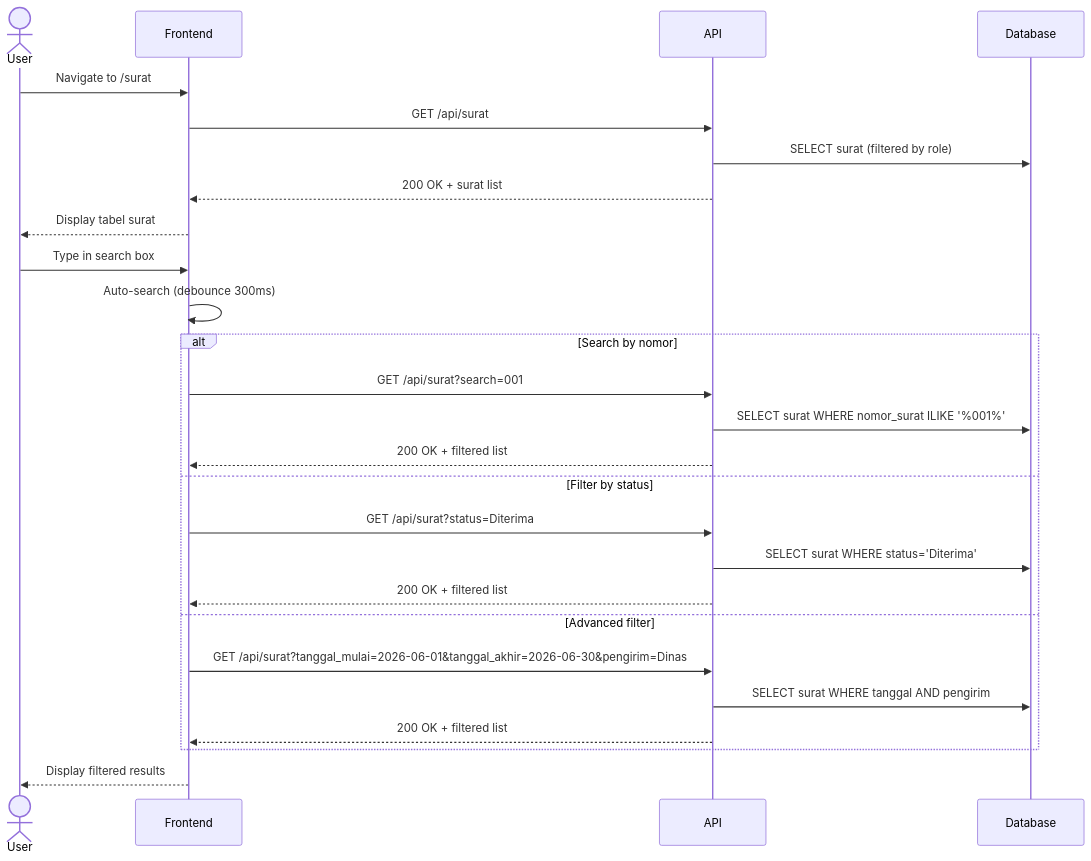
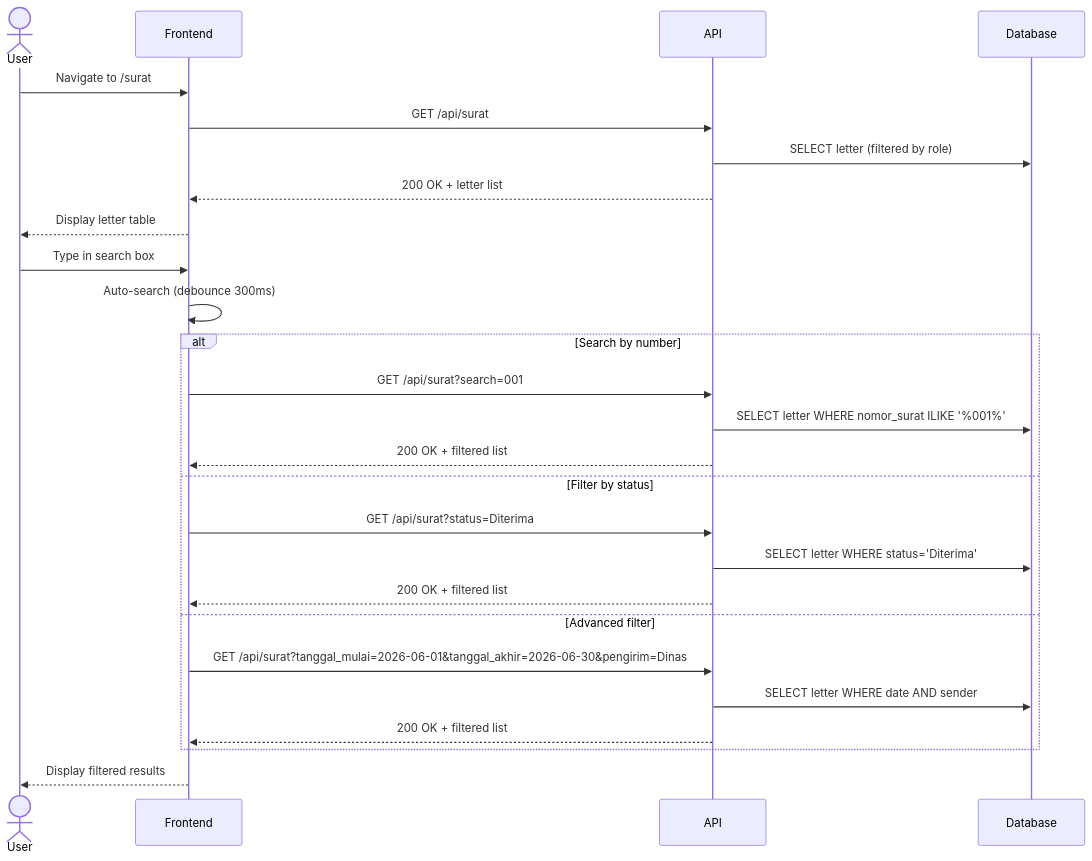
Before and after one commit to ATzFauzan1525/Nexus: the diagram in docs/system_logics/sys_uc_006.md, drawn with Mermaid. The commit also changed other lines of this file and 4 other files, not shown here.

````diff
--- a/docs/system_logics/sys_uc_006.md
+++ b/docs/system_logics/sys_uc_006.md
@@ -41,32 +41,32 @@
 ```mermaid
 sequenceDiagram
     actor User
     participant Frontend
     participant API
     participant Database
 
     User->>Frontend: Navigate to /surat
     Frontend->>API: GET /api/surat
-    API->>Database: SELECT surat (filtered by role)
-    API-->>Frontend: 200 OK + surat list
-    Frontend-->>User: Display tabel surat
+    API->>Database: SELECT letter (filtered by role)
+    API-->>Frontend: 200 OK + letter list
+    Frontend-->>User: Display letter table
 
     User->>Frontend: Type in search box
     Frontend->>Frontend: Auto-search (debounce 300ms)
 
-    alt Search by nomor
+    alt Search by number
         Frontend->>API: GET /api/surat?search=001
-        API->>Database: SELECT surat WHERE nomor_surat ILIKE '%001%'
+        API->>Database: SELECT letter WHERE nomor_surat ILIKE '%001%'
         API-->>Frontend: 200 OK + filtered list
     else Filter by status
         Frontend->>API: GET /api/surat?status=Diterima
-        API->>Database: SELECT surat WHERE status='Diterima'
+        API->>Database: SELECT letter WHERE status='Diterima'
         API-->>Frontend: 200 OK + filtered list
     else Advanced filter
         Frontend->>API: GET /api/surat?tanggal_mulai=2026-06-01&tanggal_akhir=2026-06-30&pengirim=Dinas
-        API->>Database: SELECT surat WHERE tanggal AND pengirim
+        API->>Database: SELECT letter WHERE date AND sender
         API-->>Frontend: 200 OK + filtered list
     end
 
     Frontend-->>User: Display filtered results
 ```
````
